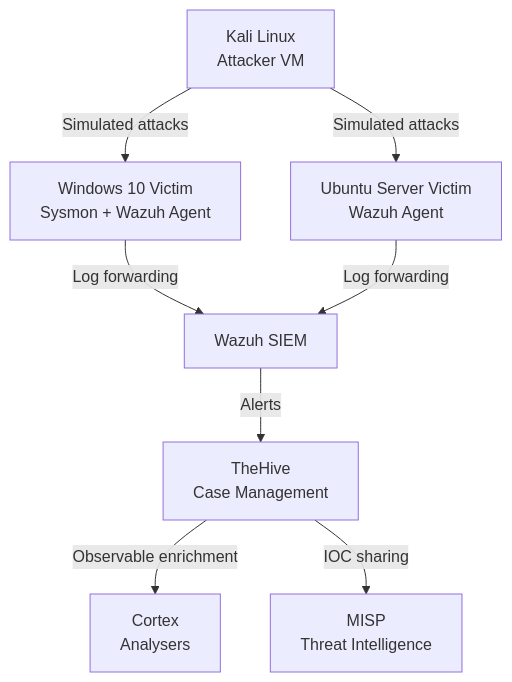
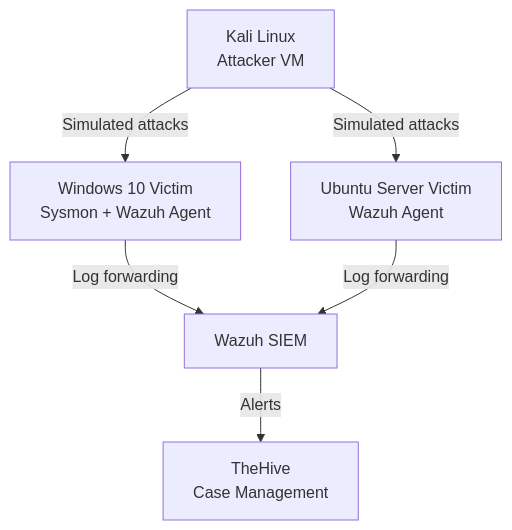
One commit to shoaibazadc/IR-Playbooks changed the diagram in README.md. Above: the diagram before and after it, drawn with Mermaid. The commit also changed other lines of this file, not shown here.

````diff
--- a/README.md
+++ b/README.md
@@ -9,10 +9,8 @@
 ```mermaid
 graph TD
     A[Kali Linux\nAttacker VM] -->|Simulated attacks| B[Windows 10 Victim\nSysmon + Wazuh Agent]
     A -->|Simulated attacks| C[Ubuntu Server Victim\nWazuh Agent]
     B -->|Log forwarding| D[Wazuh SIEM]
     C -->|Log forwarding| D
     D -->|Alerts| E[TheHive\nCase Management]
-    E -->|Observable enrichment| F[Cortex\nAnalysers]
-    E -->|IOC sharing| G[MISP\nThreat Intelligence]
 ```
````
